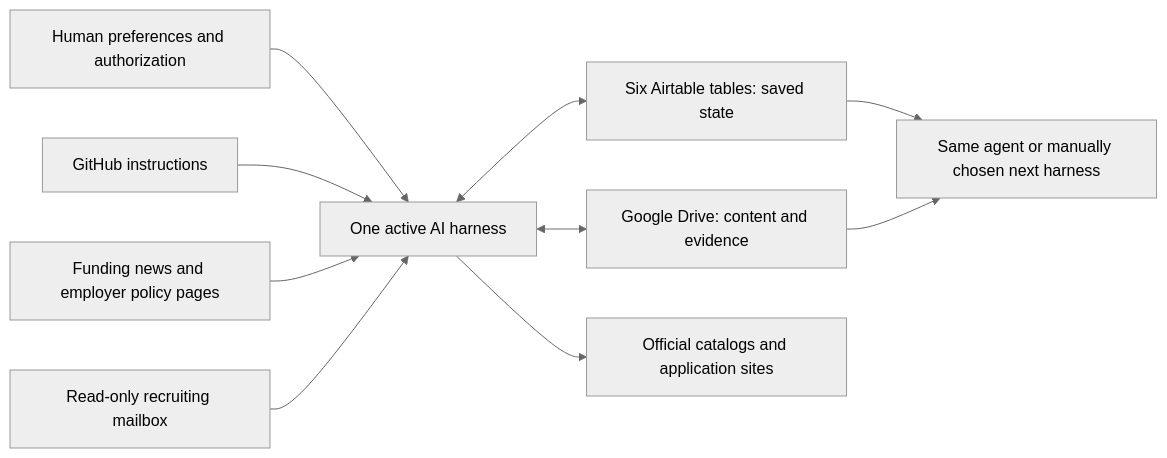
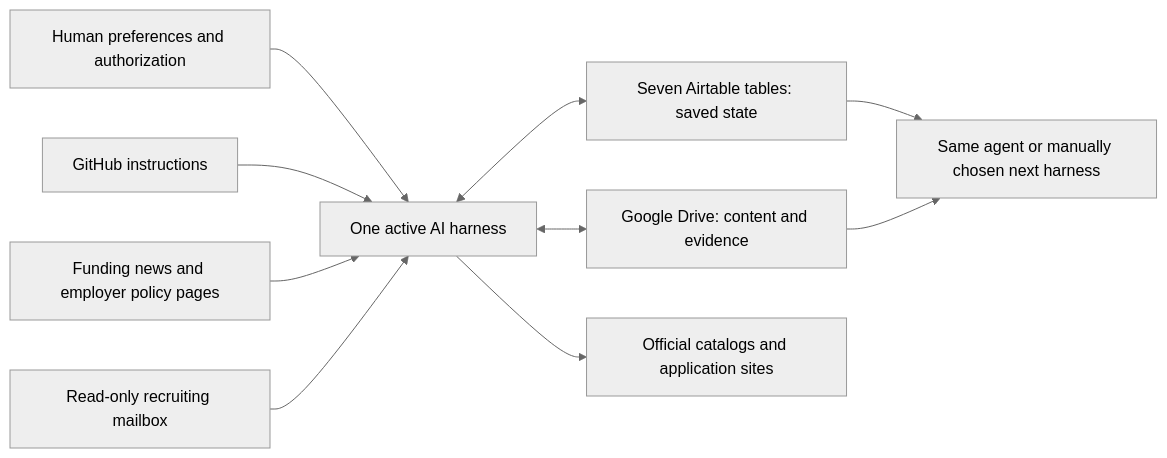
The diagram in README.md (sravankm86/nextmove), drawn with Mermaid (neutral theme) before and after one commit. The commit also changed other lines of this file and 13 other files, not shown here.

First line of the commit message:
Add Review eval table to the blueprint (schema 12)

```diff
--- a/README.md
+++ b/README.md
@@ -26,12 +26,12 @@
 ~~~mermaid
 flowchart LR
     User[Human preferences and authorization] --> Agent[One active AI harness]
     Git[GitHub instructions] --> Agent
-    Agent <--> Airtable[Six Airtable tables: saved state]
+    Agent <--> Airtable[Seven Airtable tables: saved state]
     Agent <--> Drive[Google Drive: content and evidence]
     Agent --> Boards[Official catalogs and application sites]
     Funding[Funding news and employer policy pages] --> Agent
     Mail[Read-only recruiting mailbox] --> Agent
     Airtable --> Next[Same agent or manually chosen next harness]
     Drive --> Next
 ~~~
```
